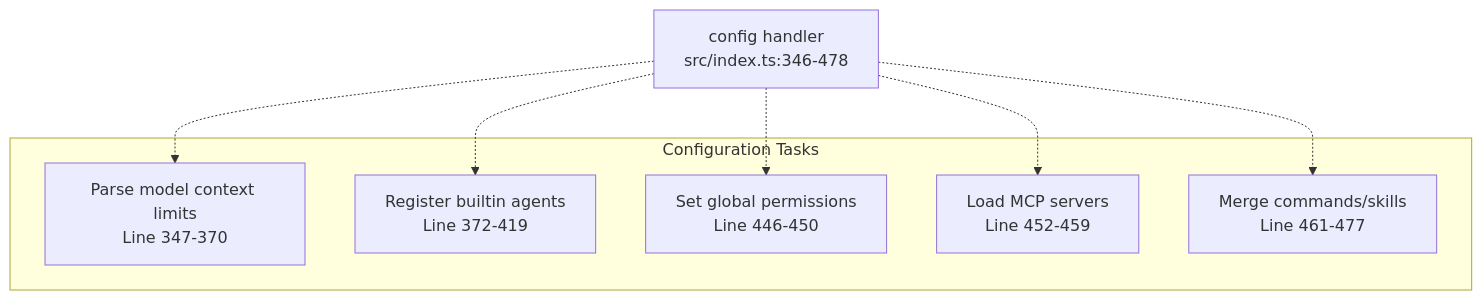
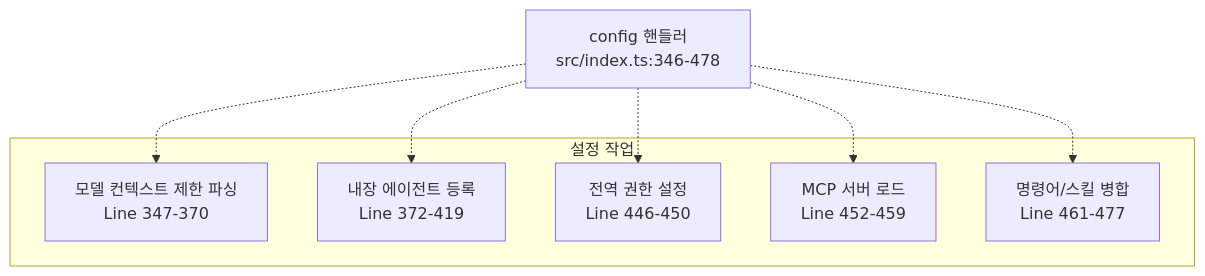
Diagram 11 of 11 in docs/architecture/event-handling.md (felipetruman/oh-my-opencode-docs), drawn with Mermaid before and after one commit. The commit also changed other lines of this file and 76 other files, not shown here.

````diff
--- a/docs/architecture/event-handling.md
+++ b/docs/architecture/event-handling.md
@@ -684,24 +670,24 @@
 ```mermaid
 flowchart TD
 
-ConfigHandler["config handler<br>src/index.ts:346-478"]
-ModelLimits["Parse model context limits<br>Line 347-370"]
-Agents["Register builtin agents<br>Line 372-419"]
-Permissions["Set global permissions<br>Line 446-450"]
-MCPs["Load MCP servers<br>Line 452-459"]
-Commands["Merge commands/skills<br>Line 461-477"]
+ConfigHandler["config 핸들러<br>src/index.ts:346-478"]
+ModelLimits["모델 컨텍스트 제한 파싱<br>Line 347-370"]
+Agents["내장 에이전트 등록<br>Line 372-419"]
+Permissions["전역 권한 설정<br>Line 446-450"]
+MCPs["MCP 서버 로드<br>Line 452-459"]
+Commands["명령어/스킬 병합<br>Line 461-477"]
 
 ConfigHandler -.-> ModelLimits
 ConfigHandler -.-> Agents
 ConfigHandler -.-> Permissions
 ConfigHandler -.-> MCPs
 ConfigHandler -.-> Commands
 
-subgraph subGraph0 ["Configuration Tasks"]
+subgraph subGraph0 ["설정 작업"]
     ModelLimits
     Agents
     Permissions
     MCPs
     Commands
 end
 ```
````
